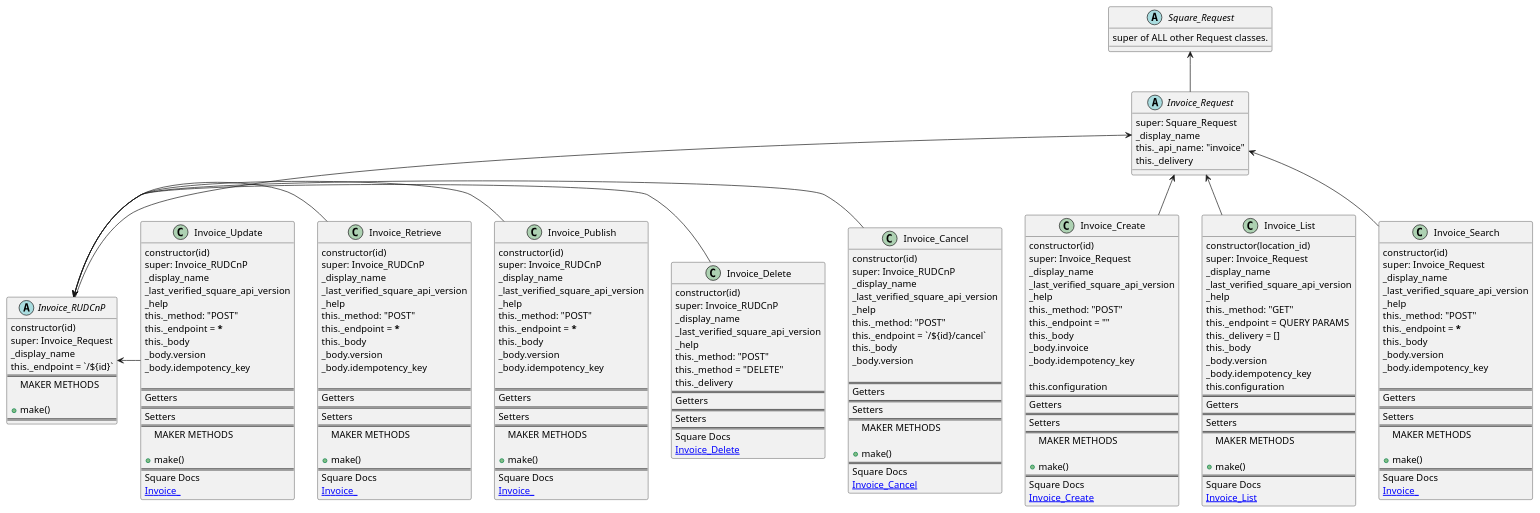
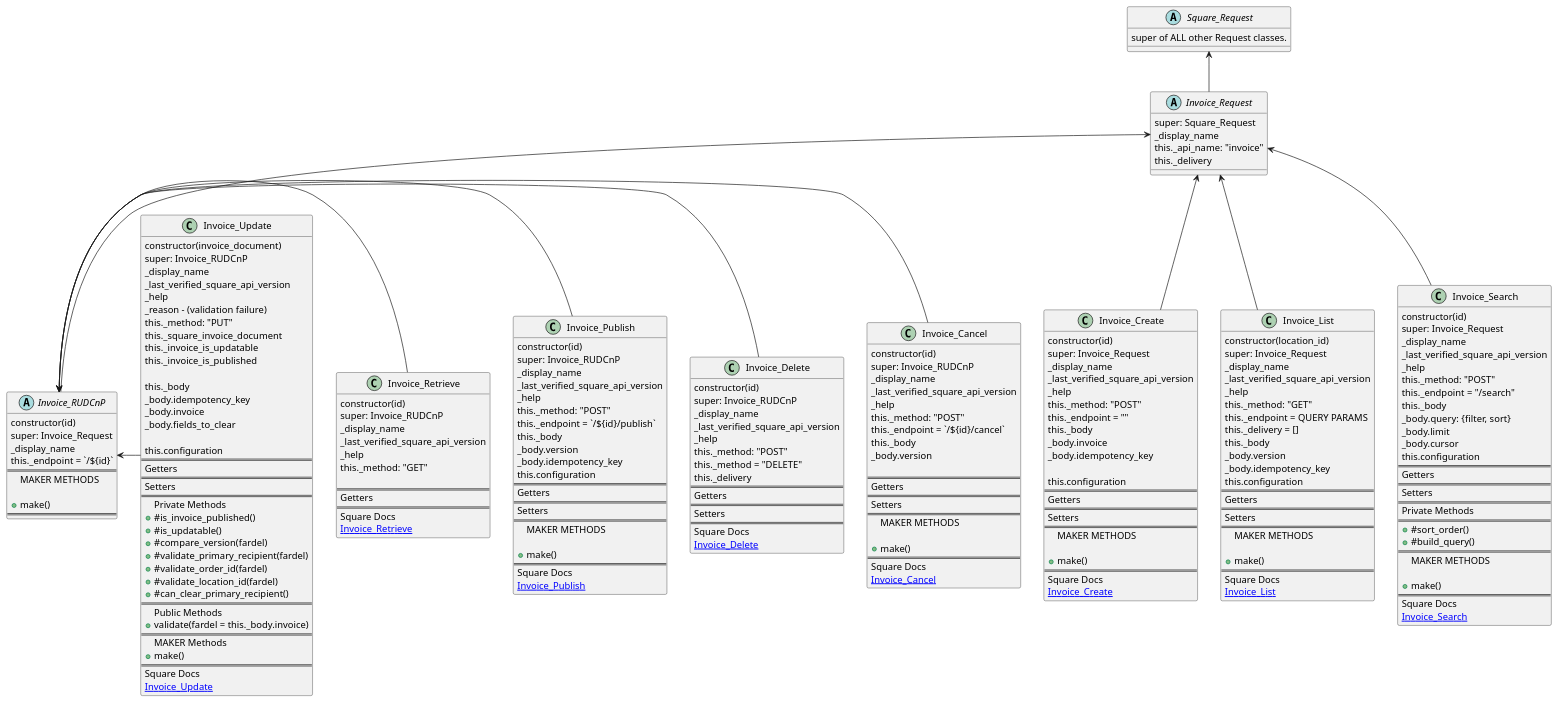
Before and after one commit to TwoFistedJustice/square-pie: the diagram in docs/uml/pie_invoice_api.puml, drawn with PlantUML.

Commit message:
docs: diagram Update

```diff
--- a/docs/uml/pie_invoice_api.puml
+++ b/docs/uml/pie_invoice_api.puml
@@ -141,11 +141,11 @@
 _last_verified_square_api_version
 _help
 this._method: "POST"
-this._endpoint = *****
+this._endpoint = `/${id}/publish`
 this._body
 _body.version
 _body.idempotency_key
-
+this.configuration
 ==
 Getters
 ==
@@ -156,7 +156,7 @@
 +make()
 ==
 Square Docs
-[[ Invoice_ ]]
+[[https://developer.squareup.com/reference/square/invoices-api/publish-invoice Invoice_Publish ]]
 }
 
 
@@ -166,23 +166,13 @@
 _display_name
 _last_verified_square_api_version
 _help
-this._method: "POST"
-this._endpoint = *****
-this._body
-_body.version
-_body.idempotency_key
+this._method: "GET"
 
 ==
 Getters
 ==
-Setters
-==
-MAKER METHODS
-
-+make()
-==
 Square Docs
-[[ Invoice_ ]]
+[[https://developer.squareup.com/reference/square/invoices-api/get-invoice Invoice_Retrieve ]]
 }
 
 class Invoice_Search {
@@ -192,47 +182,70 @@
 _last_verified_square_api_version
 _help
 this._method: "POST"
-this._endpoint = *****
+this._endpoint = "/search"
 this._body
-_body.version
-_body.idempotency_key
-
+_body.query: {filter, sort}
+_body.limit
+_body.cursor
+this.configuration
 ==
 Getters
 ==
 Setters
+==
+Private Methods
+==
++#sort_order()
++#build_query()
 ==
 MAKER METHODS
 
 +make()
 ==
 Square Docs
-[[ Invoice_ ]]
+[[https://developer.squareup.com/reference/square/invoices-api/search-invoices Invoice_Search ]]
 }
 
 class Invoice_Update {
-constructor(id)
+constructor(invoice_document)
 super: Invoice_RUDCnP
 _display_name
 _last_verified_square_api_version
 _help
-this._method: "POST"
-this._endpoint = *****
+_reason - (validation failure)
+this._method: "PUT"
+this._square_invoice_document
+this._invoice_is_updatable
+this._invoice_is_published
+
 this._body
-_body.version
 _body.idempotency_key
+_body.invoice
+_body.fields_to_clear
 
+this.configuration
 ==
 Getters
 ==
 Setters
 ==
-MAKER METHODS
-
+Private Methods
++#is_invoice_published()
++#is_updatable()
++#compare_version(fardel)
++#validate_primary_recipient(fardel)
++#validate_order_id(fardel)
++#validate_location_id(fardel)
++#can_clear_primary_recipient()
+==
+Public Methods
++validate(fardel = this._body.invoice)
+==
+MAKER Methods
 +make()
 ==
 Square Docs
-[[ Invoice_ ]]
+[[https://developer.squareup.com/reference/square/invoices-api/update-invoice Invoice_Update ]]
 }
 
 
```
